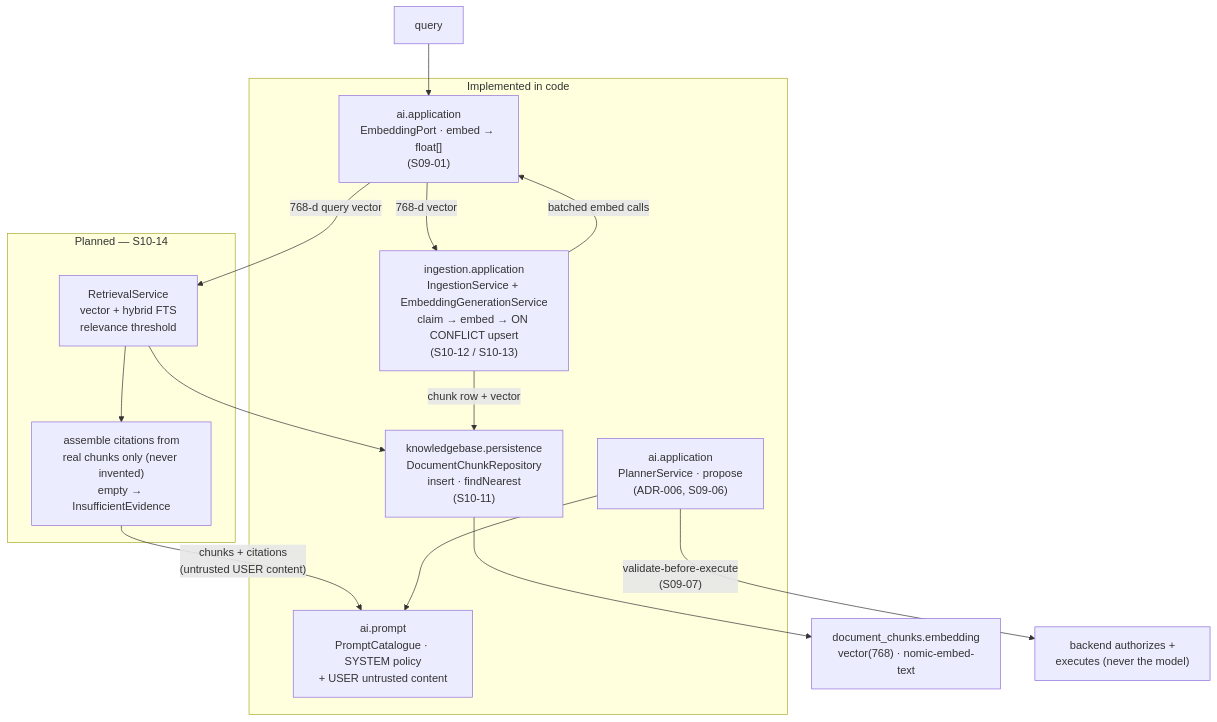
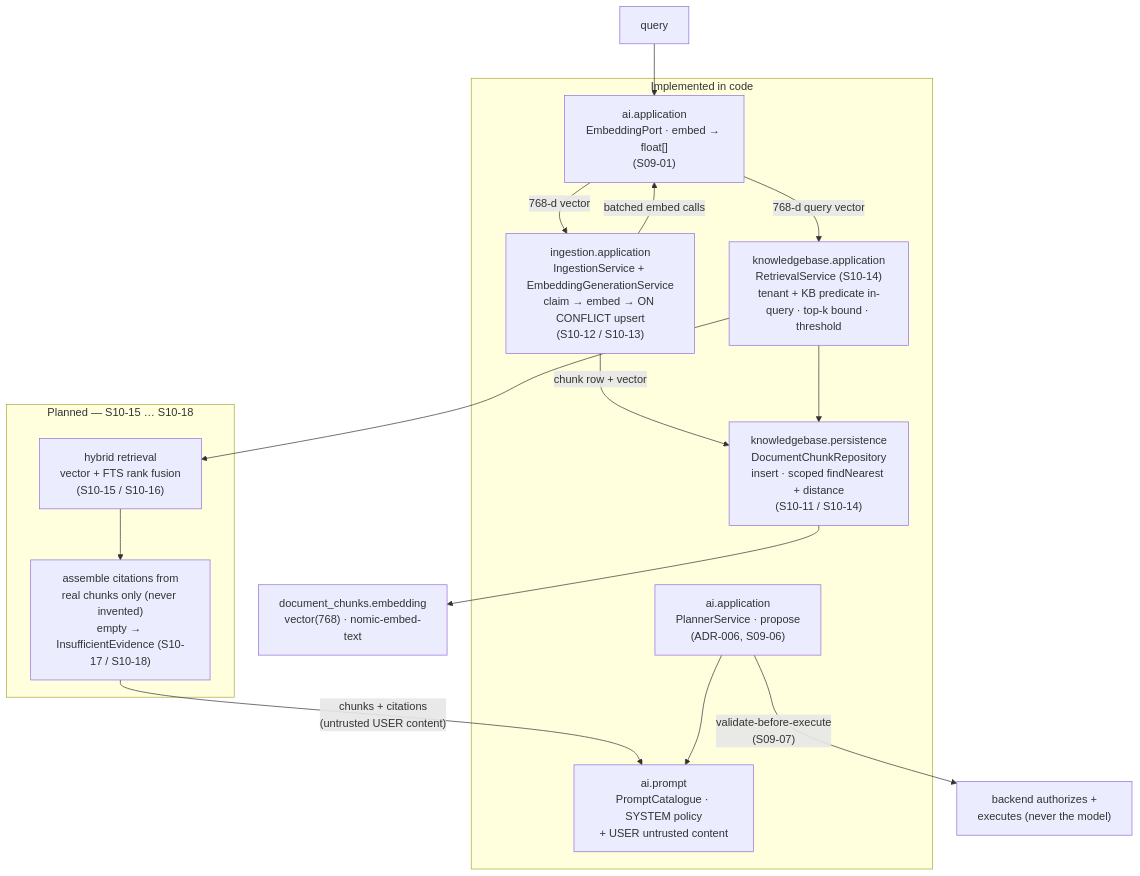
The diagram in docs/rag/README.md (JavaCoDED78/agentflow), drawn with Mermaid before and after one commit. The commit also changed other lines of this file and 22 other files, not shown here.

````diff
--- a/docs/rag/README.md
+++ b/docs/rag/README.md
@@ -36,32 +38,34 @@
 ```mermaid
 flowchart TB
     subgraph Impl["Implemented in code"]
-        Repo["knowledgebase.persistence<br/>DocumentChunkRepository<br/>insert · findNearest<br/>(S10-11)"]
+        Repo["knowledgebase.persistence<br/>DocumentChunkRepository<br/>insert · scoped findNearest + distance<br/>(S10-11 / S10-14)"]
         Embed["ai.application<br/>EmbeddingPort · embed → float[]<br/>(S09-01)"]
         Ing["ingestion.application<br/>IngestionService + EmbeddingGenerationService<br/>claim → embed → ON CONFLICT upsert<br/>(S10-12 / S10-13)"]
+        Ret["knowledgebase.application<br/>RetrievalService (S10-14)<br/>tenant + KB predicate in-query · top-k bound · threshold"]
         Planner["ai.application<br/>PlannerService · propose<br/>(ADR-006, S09-06)"]
         Catalogue["ai.prompt<br/>PromptCatalogue · SYSTEM policy<br/>+ USER untrusted content"]
     end
-    subgraph Planned["Planned — S10-14"]
-        Ret["RetrievalService<br/>vector + hybrid FTS<br/>relevance threshold"]
-        Cit["assemble citations from<br/>real chunks only (never invented)<br/>empty → InsufficientEvidence"]
+    subgraph Planned["Planned — S10-15 … S10-18"]
+        Hybrid["hybrid retrieval<br/>vector + FTS rank fusion<br/>(S10-15 / S10-16)"]
+        Cit["assemble citations from<br/>real chunks only (never invented)<br/>empty → InsufficientEvidence (S10-17 / S10-18)"]
     end
     Doc["document_chunks.embedding<br/>vector(768) · nomic-embed-text"]
 
     %% Indexing path (writing vectors)
     Ing -->|"batched embed calls"| Embed
     Embed -->|"768-d vector"| Ing
     Ing -->|"chunk row + vector"| Repo
     Repo --> Doc
 
     %% Retrieval path (reading vectors)
     Q["query"] --> Embed
     Embed -->|"768-d query vector"| Ret
     Ret --> Repo
 
     %% Grounding path (feeding the model)
-    Ret --> Cit
+    Ret --> Hybrid
+    Hybrid --> Cit
     Cit -->|"chunks + citations<br/>(untrusted USER content)"| Catalogue
     Planner --> Catalogue
     Planner -->|"validate-before-execute<br/>(S09-07)"| Backend["backend authorizes +<br/>executes (never the model)"]
 ```
````
